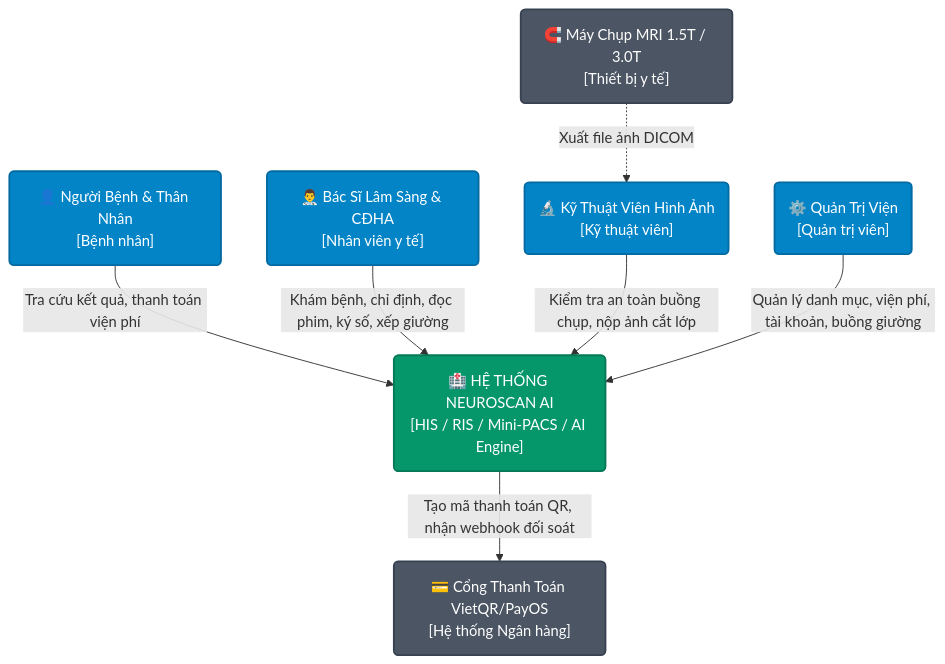
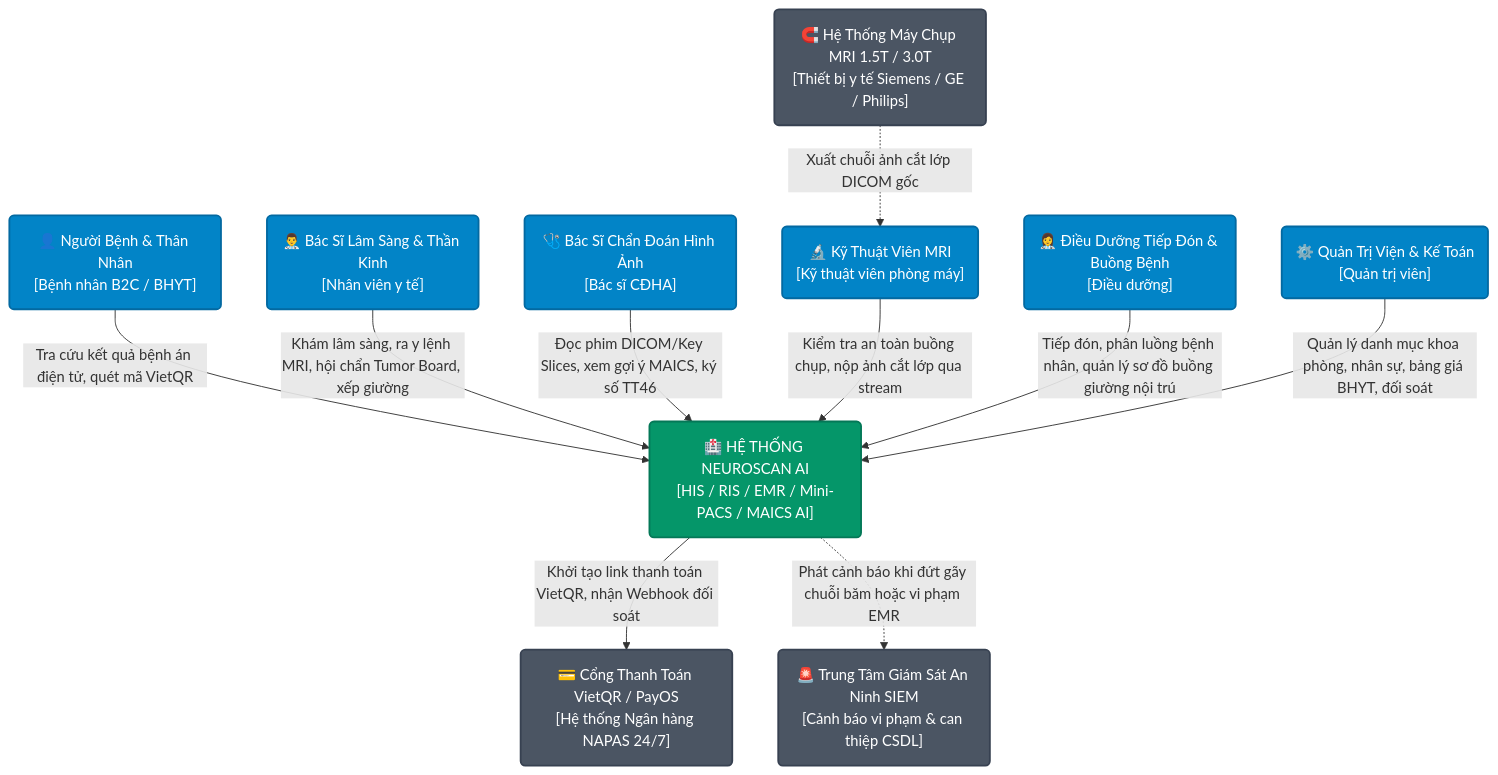
Before and after one commit to ntthanh2357/mri: the first of 4 diagrams in docs/03_kien_truc_he_thong.md, drawn with Mermaid. The commit also changed other lines of this file and 94 other files, not shown here.

````diff
--- a/docs/03_kien_truc_he_thong.md
+++ b/docs/03_kien_truc_he_thong.md
@@ -12,23 +12,29 @@
 ```mermaid
 graph TD
     classDef person fill:#0284c7,stroke:#0369a1,stroke-width:2px,color:#ffffff;
     classDef system fill:#059669,stroke:#047857,stroke-width:2px,color:#ffffff;
     classDef external fill:#4b5563,stroke:#374151,stroke-width:2px,color:#ffffff;
 
-    BN("👤 Người Bệnh & Thân Nhân<br/>[Bệnh nhân]"):::person
-    BS("👨‍⚕️ Bác Sĩ Lâm Sàng & CĐHA<br/>[Nhân viên y tế]"):::person
-    KTV("🔬 Kỹ Thuật Viên Hình Ảnh<br/>[Kỹ thuật viên]"):::person
-    ADMIN("⚙️ Quản Trị Viện<br/>[Quản trị viên]"):::person
+    BN("👤 Người Bệnh & Thân Nhân<br/>[Bệnh nhân B2C / BHYT]"):::person
+    BS("👨‍⚕️ Bác Sĩ Lâm Sàng & Thần Kinh<br/>[Nhân viên y tế]"):::person
+    BSCĐ("🩺 Bác Sĩ Chẩn Đoán Hình Ảnh<br/>[Bác sĩ CĐHA]"):::person
+    KTV("🔬 Kỹ Thuật Viên MRI<br/>[Kỹ thuật viên phòng máy]"):::person
+    DD("👩‍⚕️ Điều Dưỡng Tiếp Đón & Buồng Bệnh<br/>[Điều dưỡng]"):::person
+    ADMIN("⚙️ Quản Trị Viện & Kế Toán<br/>[Quản trị viên]"):::person
 
-    NEURO("🏥 HỆ THỐNG NEUROSCAN AI<br/>[HIS / RIS / Mini-PACS / AI Engine]"):::system
+    NEURO("🏥 HỆ THỐNG NEUROSCAN AI<br/>[HIS / RIS / EMR / Mini-PACS / MAICS AI]"):::system
 
-    PAYOS("💳 Cổng Thanh Toán VietQR/PayOS<br/>[Hệ thống Ngân hàng]"):::external
-    PACS_DEV("🧲 Máy Chụp MRI 1.5T / 3.0T<br/>[Thiết bị y tế]"):::external
+    PAYOS("💳 Cổng Thanh Toán VietQR / PayOS<br/>[Hệ thống Ngân hàng NAPAS 24/7]"):::external
+    PACS_DEV("🧲 Hệ Thống Máy Chụp MRI 1.5T / 3.0T<br/>[Thiết bị y tế Siemens / GE / Philips]"):::external
+    SIEM("🚨 Trung Tâm Giám Sát An Ninh SIEM<br/>[Cảnh báo vi phạm & can thiệp CSDL]"):::external
 
-    BN -->|Tra cứu kết quả, thanh toán viện phí| NEURO
-    BS -->|Khám bệnh, chỉ định, đọc phim, ký số, xếp giường| NEURO
-    KTV -->|Kiểm tra an toàn buồng chụp, nộp ảnh cắt lớp| NEURO
-    ADMIN -->|Quản lý danh mục, viện phí, tài khoản, buồng giường| NEURO
-    PACS_DEV -.->|Xuất file ảnh DICOM| KTV
-    NEURO -->|Tạo mã thanh toán QR, nhận webhook đối soát| PAYOS
+    BN -->|Tra cứu kết quả bệnh án điện tử, quét mã VietQR| NEURO
+    BS -->|Khám lâm sàng, ra y lệnh MRI, hội chẩn Tumor Board, xếp giường| NEURO
+    BSCĐ -->|Đọc phim DICOM/Key Slices, xem gợi ý MAICS, ký số TT46| NEURO
+    KTV -->|Kiểm tra an toàn buồng chụp, nộp ảnh cắt lớp qua stream| NEURO
+    DD -->|Tiếp đón, phân luồng bệnh nhân, quản lý sơ đồ buồng giường nội trú| NEURO
+    ADMIN -->|Quản lý danh mục khoa phòng, nhân sự, bảng giá BHYT, đối soát| NEURO
+    PACS_DEV -.->|Xuất chuỗi ảnh cắt lớp DICOM gốc| KTV
+    NEURO -->|Khởi tạo link thanh toán VietQR, nhận Webhook đối soát| PAYOS
+    NEURO -.->|Phát cảnh báo khi đứt gãy chuỗi băm hoặc vi phạm EMR| SIEM
 ```
````
